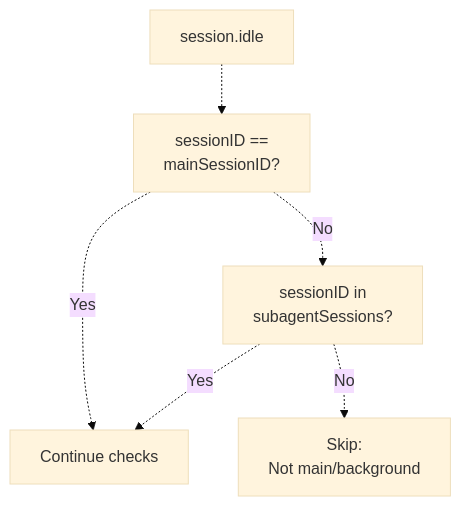
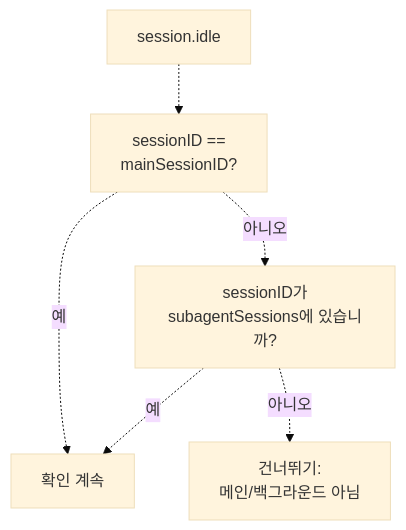
Before and after one commit to felipetruman/oh-my-opencode-docs: the fourth of 5 diagrams in docs/agents/todo-management.md, drawn with Mermaid (base theme). The commit also changed other lines of this file and 76 other files, not shown here.

````diff
--- a/docs/agents/todo-management.md
+++ b/docs/agents/todo-management.md
@@ -232,15 +232,15 @@
 ```mermaid
 flowchart TD
 
 Idle["session.idle"]
 Check1["sessionID ==<br>mainSessionID?"]
-Check2["sessionID in<br>subagentSessions?"]
-Skip1["Skip:<br>Not main/background"]
-Proceed["Continue checks"]
+Check2["sessionID가<br>subagentSessions에 있습니까?"]
+Skip1["건너뛰기:<br>메인/백그라운드 아님"]
+Proceed["확인 계속"]
 
 Idle -.-> Check1
-Check1 -.->|"Yes"| Proceed
-Check1 -.->|"No"| Check2
-Check2 -.->|"Yes"| Proceed
-Check2 -.->|"No"| Skip1
+Check1 -.->|"예"| Proceed
+Check1 -.->|"아니오"| Check2
+Check2 -.->|"예"| Proceed
+Check2 -.->|"아니오"| Skip1
 ```
````
